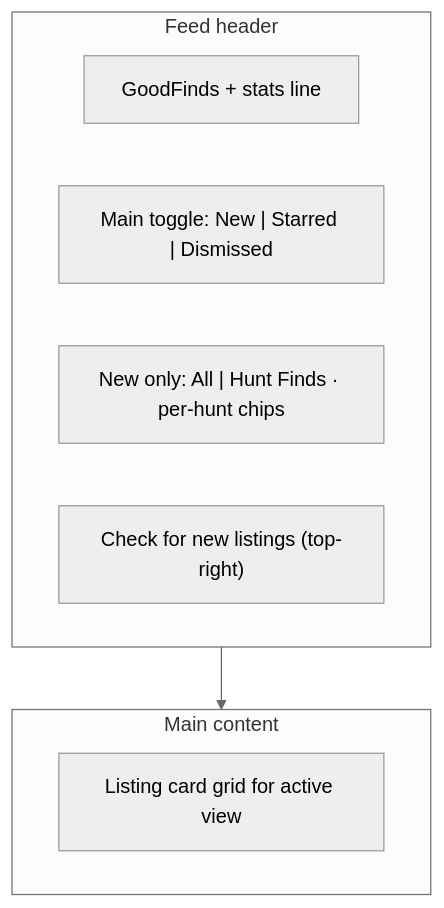
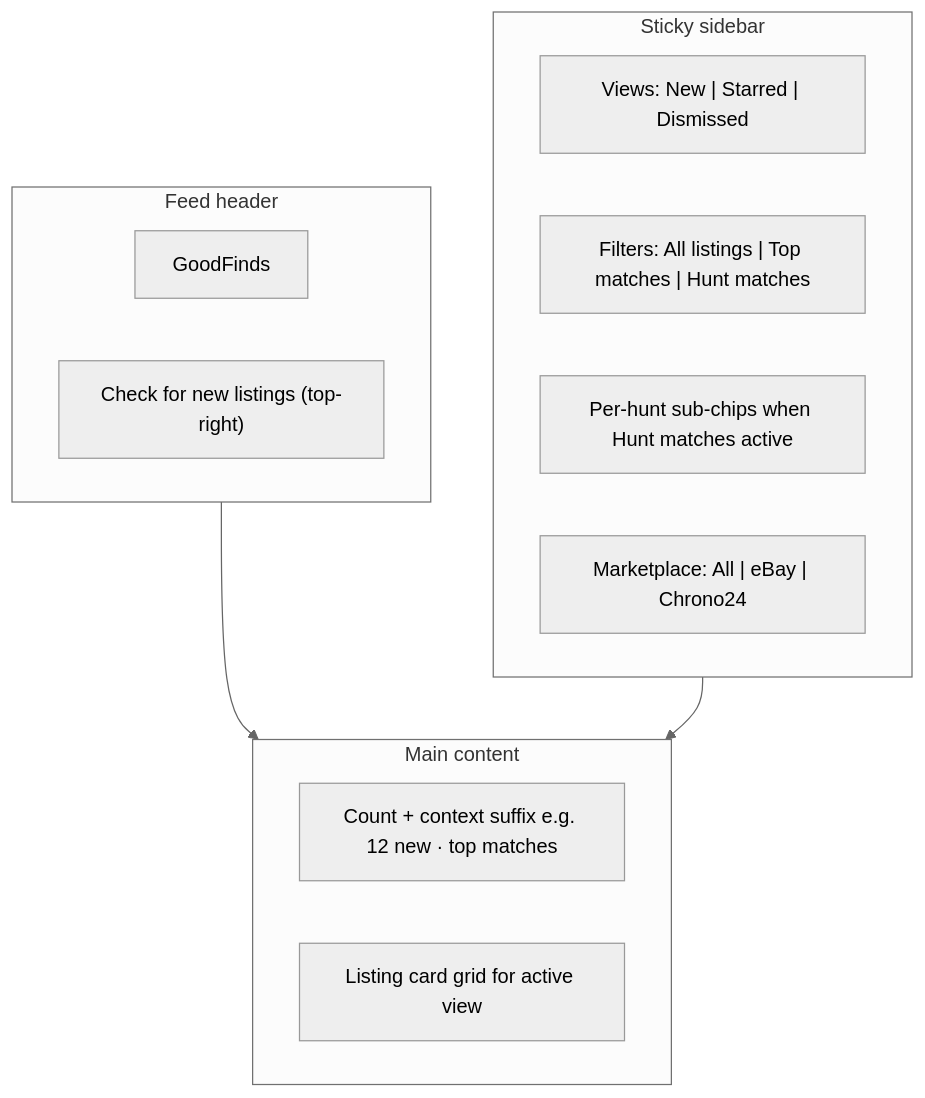
One commit to Jolien-Product-Manager/GoodFinds2.0 changed the diagram in .cursor/docs/vintage-timex-watches-feed.md. Above: the diagram before and after it, drawn with Mermaid (neutral theme). The commit also changed other lines of this file and 34 other files, not shown here.

First line of the commit message:
Add hunt editor modal, extended gender filters, and eBay snapshot caching.

````diff
--- a/.cursor/docs/vintage-timex-watches-feed.md
+++ b/.cursor/docs/vintage-timex-watches-feed.md
@@ -35,13 +38,19 @@
 ```mermaid
 flowchart TB
   subgraph header [Feed header]
-    Title["GoodFinds + stats line"]
-    MainToggle["Main toggle: New | Starred | Dismissed"]
-    ScopeChips["New only: All | Hunt Finds · per-hunt chips"]
+    Title["GoodFinds"]
     Actions["Check for new listings (top-right)"]
   end
+  subgraph sidebar [Sticky sidebar]
+    Views["Views: New | Starred | Dismissed"]
+    Filters["Filters: All listings | Top matches | Hunt matches"]
+    HuntChips["Per-hunt sub-chips when Hunt matches active"]
+    Marketplace["Marketplace: All | eBay | Chrono24"]
+  end
   subgraph body [Main content]
+    Count["Count + context suffix e.g. 12 new · top matches"]
     Grid["Listing card grid for active view"]
   end
   header --> body
+  sidebar --> body
 ```
````
